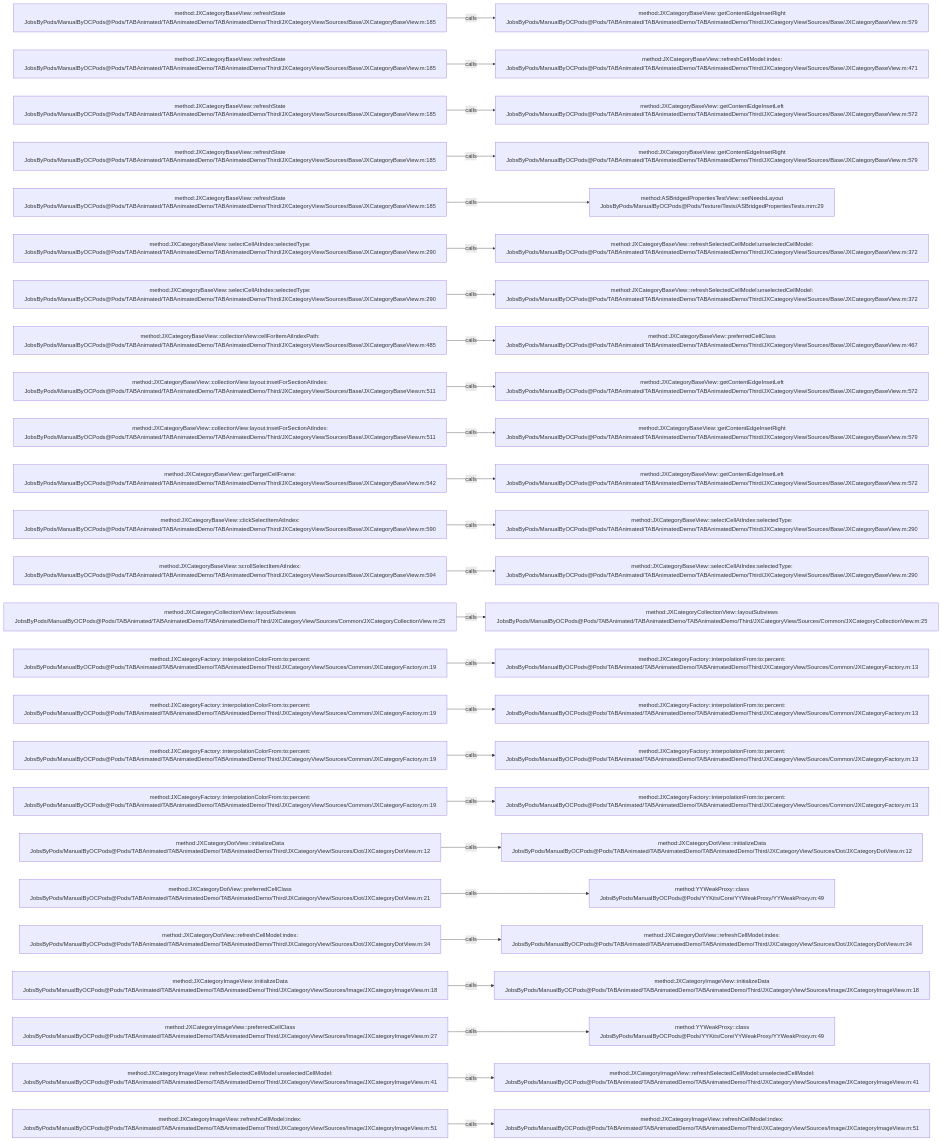
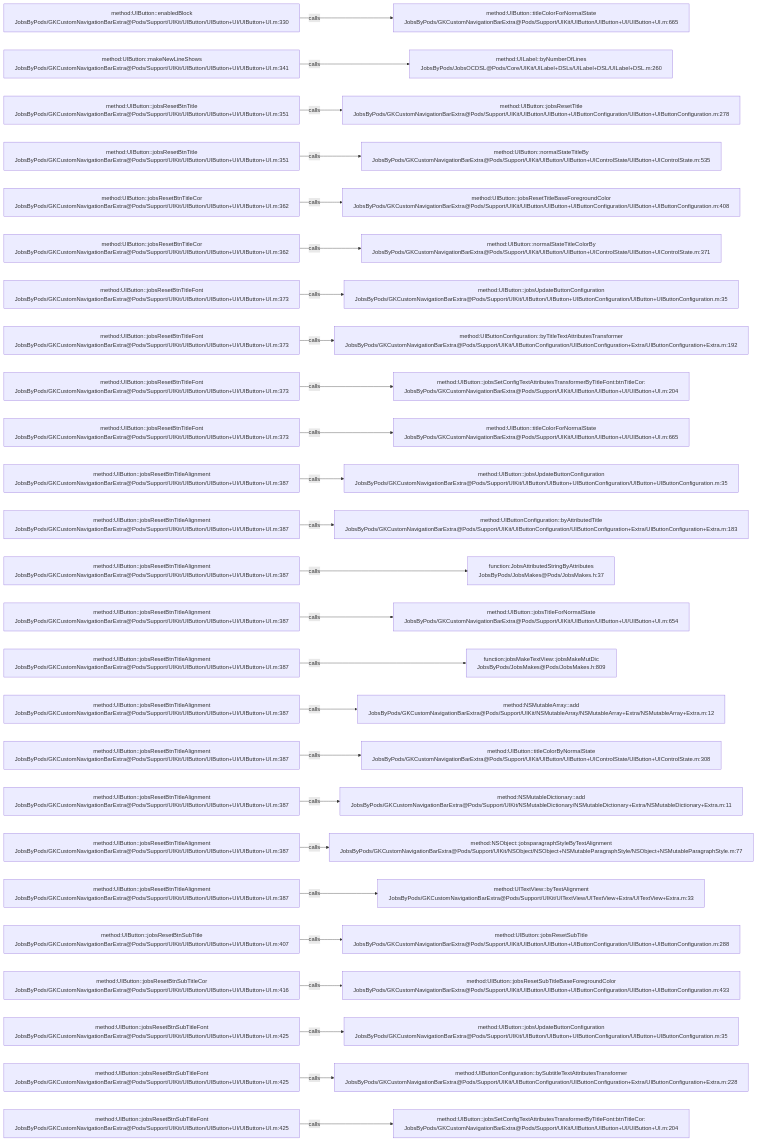
One commit to JobsKits/JobsOCBaseConfigDemo changed the diagram in .codegraph/codegraph.md/graphs/calls-029.md. Above: the diagram before and after it, drawn with Mermaid. The commit also changed 768 other files, not shown here.

````diff
--- a/.codegraph/codegraph.md/graphs/calls-029.md
+++ b/.codegraph/codegraph.md/graphs/calls-029.md
@@ -13,78 +13,78 @@
 ```mermaid
 flowchart LR
-  S1["method:JXCategoryBaseView::refreshState<br/>JobsByPods/ManualByOCPods@Pods/TABAnimated/TABAnimatedDemo/TABAnimatedDemo/Third/JXCategoryView/Sources/Base/JXCategoryBaseView.m:185"]
-  T1["method:JXCategoryBaseView::getContentEdgeInsetRight<br/>JobsByPods/ManualByOCPods@Pods/TABAnimated/TABAnimatedDemo/TABAnimatedDemo/Third/JXCategoryView/Sources/Base/JXCategoryBaseView.m:579"]
+  S1["method:UIButton::enabledBlock<br/>JobsByPods/GKCustomNavigationBarExtra@Pods/Support/UIKit/UIButton/UIButton+UI/UIButton+UI.m:330"]
+  T1["method:UIButton::titleColorForNormalState<br/>JobsByPods/GKCustomNavigationBarExtra@Pods/Support/UIKit/UIButton/UIButton+UI/UIButton+UI.m:665"]
   S1 -->|calls| T1
-  S2["method:JXCategoryBaseView::refreshState<br/>JobsByPods/ManualByOCPods@Pods/TABAnimated/TABAnimatedDemo/TABAnimatedDemo/Third/JXCategoryView/Sources/Base/JXCategoryBaseView.m:185"]
-  T2["method:JXCategoryBaseView::refreshCellModel:index:<br/>JobsByPods/ManualByOCPods@Pods/TABAnimated/TABAnimatedDemo/TABAnimatedDemo/Third/JXCategoryView/Sources/Base/JXCategoryBaseView.m:471"]
+  S2["method:UIButton::makeNewLineShows<br/>JobsByPods/GKCustomNavigationBarExtra@Pods/Support/UIKit/UIButton/UIButton+UI/UIButton+UI.m:341"]
+  T2["method:UILabel::byNumberOfLines<br/>JobsByPods/JobsOCDSL@Pods/Core/UIKit/UILabel+DSLs/UILabel+DSL/UILabel+DSL.m:260"]
   S2 -->|calls| T2
-  S3["method:JXCategoryBaseView::refreshState<br/>JobsByPods/ManualByOCPods@Pods/TABAnimated/TABAnimatedDemo/TABAnimatedDemo/Third/JXCategoryView/Sources/Base/JXCategoryBaseView.m:185"]
-  T3["method:JXCategoryBaseView::getContentEdgeInsetLeft<br/>JobsByPods/ManualByOCPods@Pods/TABAnimated/TABAnimatedDemo/TABAnimatedDemo/Third/JXCategoryView/Sources/Base/JXCategoryBaseView.m:572"]
+  S3["method:UIButton::jobsResetBtnTitle<br/>JobsByPods/GKCustomNavigationBarExtra@Pods/Support/UIKit/UIButton/UIButton+UI/UIButton+UI.m:351"]
+  T3["method:UIButton::jobsResetTitle<br/>JobsByPods/GKCustomNavigationBarExtra@Pods/Support/UIKit/UIButton/UIButton+UIButtonConfiguration/UIButton+UIButtonConfiguration.m:278"]
   S3 -->|calls| T3
-  S4["method:JXCategoryBaseView::refreshState<br/>JobsByPods/ManualByOCPods@Pods/TABAnimated/TABAnimatedDemo/TABAnimatedDemo/Third/JXCategoryView/Sources/Base/JXCategoryBaseView.m:185"]
-  T4["method:JXCategoryBaseView::getContentEdgeInsetRight<br/>JobsByPods/ManualByOCPods@Pods/TABAnimated/TABAnimatedDemo/TABAnimatedDemo/Third/JXCategoryView/Sources/Base/JXCategoryBaseView.m:579"]
+  S4["method:UIButton::jobsResetBtnTitle<br/>JobsByPods/GKCustomNavigationBarExtra@Pods/Support/UIKit/UIButton/UIButton+UI/UIButton+UI.m:351"]
+  T4["method:UIButton::normalStateTitleBy<br/>JobsByPods/GKCustomNavigationBarExtra@Pods/Support/UIKit/UIButton/UIButton+UIControlState/UIButton+UIControlState.m:535"]
   S4 -->|calls| T4
-  S5["method:JXCategoryBaseView::refreshState<br/>JobsByPods/ManualByOCPods@Pods/TABAnimated/TABAnimatedDemo/TABAnimatedDemo/Third/JXCategoryView/Sources/Base/JXCategoryBaseView.m:185"]
-  T5["method:ASBridgedPropertiesTestView::setNeedsLayout<br/>JobsByPods/ManualByOCPods@Pods/Texture/Tests/ASBridgedPropertiesTests.mm:29"]
+  S5["method:UIButton::jobsResetBtnTitleCor<br/>JobsByPods/GKCustomNavigationBarExtra@Pods/Support/UIKit/UIButton/UIButton+UI/UIButton+UI.m:362"]
+  T5["method:UIButton::jobsResetTitleBaseForegroundColor<br/>JobsByPods/GKCustomNavigationBarExtra@Pods/Support/UIKit/UIButton/UIButton+UIButtonConfiguration/UIButton+UIButtonConfiguration.m:408"]
   S5 -->|calls| T5
-  S6["method:JXCategoryBaseView::selectCellAtIndex:selectedType:<br/>JobsByPods/ManualByOCPods@Pods/TABAnimated/TABAnimatedDemo/TABAnimatedDemo/Third/JXCategoryView/Sources/Base/JXCategoryBaseView.m:290"]
-  T6["method:JXCategoryBaseView::refreshSelectedCellModel:unselectedCellModel:<br/>JobsByPods/ManualByOCPods@Pods/TABAnimated/TABAnimatedDemo/TABAnimatedDemo/Third/JXCategoryView/Sources/Base/JXCategoryBaseView.m:372"]
+  S6["method:UIButton::jobsResetBtnTitleCor<br/>JobsByPods/GKCustomNavigationBarExtra@Pods/Support/UIKit/UIButton/UIButton+UI/UIButton+UI.m:362"]
+  T6["method:UIButton::normalStateTitleColorBy<br/>JobsByPods/GKCustomNavigationBarExtra@Pods/Support/UIKit/UIButton/UIButton+UIControlState/UIButton+UIControlState.m:371"]
   S6 -->|calls| T6
-  S7["method:JXCategoryBaseView::selectCellAtIndex:selectedType:<br/>JobsByPods/ManualByOCPods@Pods/TABAnimated/TABAnimatedDemo/TABAnimatedDemo/Third/JXCategoryView/Sources/Base/JXCategoryBaseView.m:290"]
-  T7["method:JXCategoryBaseView::refreshSelectedCellModel:unselectedCellModel:<br/>JobsByPods/ManualByOCPods@Pods/TABAnimated/TABAnimatedDemo/TABAnimatedDemo/Third/JXCategoryView/Sources/Base/JXCategoryBaseView.m:372"]
+  S7["method:UIButton::jobsResetBtnTitleFont<br/>JobsByPods/GKCustomNavigationBarExtra@Pods/Support/UIKit/UIButton/UIButton+UI/UIButton+UI.m:373"]
+  T7["method:UIButton::jobsUpdateButtonConfiguration<br/>JobsByPods/GKCustomNavigationBarExtra@Pods/Support/UIKit/UIButton/UIButton+UIButtonConfiguration/UIButton+UIButtonConfiguration.m:35"]
   S7 -->|calls| T7
-  S8["method:JXCategoryBaseView::collectionView:cellForItemAtIndexPath:<br/>JobsByPods/ManualByOCPods@Pods/TABAnimated/TABAnimatedDemo/TABAnimatedDemo/Third/JXCategoryView/Sources/Base/JXCategoryBaseView.m:485"]
-  T8["method:JXCategoryBaseView::preferredCellClass<br/>JobsByPods/ManualByOCPods@Pods/TABAnimated/TABAnimatedDemo/TABAnimatedDemo/Third/JXCategoryView/Sources/Base/JXCategoryBaseView.m:467"]
+  S8["method:UIButton::jobsResetBtnTitleFont<br/>JobsByPods/GKCustomNavigationBarExtra@Pods/Support/UIKit/UIButton/UIButton+UI/UIButton+UI.m:373"]
+  T8["method:UIButtonConfiguration::byTitleTextAttributesTransformer<br/>JobsByPods/GKCustomNavigationBarExtra@Pods/Support/UIKit/UIButtonConfiguration/UIButtonConfiguration+Extra/UIButtonConfiguration+Extra.m:192"]
   S8 -->|calls| T8
-  S9["method:JXCategoryBaseView::collectionView:layout:insetForSectionAtIndex:<br/>JobsByPods/ManualByOCPods@Pods/TABAnimated/TABAnimatedDemo/TABAnimatedDemo/Third/JXCategoryView/Sources/Base/JXCategoryBaseView.m:511"]
-  T9["method:JXCategoryBaseView::getContentEdgeInsetLeft<br/>JobsByPods/ManualByOCPods@Pods/TABAnimated/TABAnimatedDemo/TABAnimatedDemo/Third/JXCategoryView/Sources/Base/JXCategoryBaseView.m:572"]
+  S9["method:UIButton::jobsResetBtnTitleFont<br/>JobsByPods/GKCustomNavigationBarExtra@Pods/Support/UIKit/UIButton/UIButton+UI/UIButton+UI.m:373"]
+  T9["method:UIButton::jobsSetConfigTextAttributesTransformerByTitleFont:btnTitleCor:<br/>JobsByPods/GKCustomNavigationBarExtra@Pods/Support/UIKit/UIButton/UIButton+UI/UIButton+UI.m:204"]
   S9 -->|calls| T9
-  S10["method:JXCategoryBaseView::collectionView:layout:insetForSectionAtIndex:<br/>JobsByPods/ManualByOCPods@Pods/TABAnimated/TABAnimatedDemo/TABAnimatedDemo/Third/JXCategoryView/Sources/Base/JXCategoryBaseView.m:511"]
-  T10["method:JXCategoryBaseView::getContentEdgeInsetRight<br/>JobsByPods/ManualByOCPods@Pods/TABAnimated/TABAnimatedDemo/TABAnimatedDemo/Third/JXCategoryView/Sources/Base/JXCategoryBaseView.m:579"]
+  S10["method:UIButton::jobsResetBtnTitleFont<br/>JobsByPods/GKCustomNavigationBarExtra@Pods/Support/UIKit/UIButton/UIButton+UI/UIButton+UI.m:373"]
+  T10["method:UIButton::titleColorForNormalState<br/>JobsByPods/GKCustomNavigationBarExtra@Pods/Support/UIKit/UIButton/UIButton+UI/UIButton+UI.m:665"]
   S10 -->|calls| T10
-  S11["method:JXCategoryBaseView::getTargetCellFrame:<br/>JobsByPods/ManualByOCPods@Pods/TABAnimated/TABAnimatedDemo/TABAnimatedDemo/Third/JXCategoryView/Sources/Base/JXCategoryBaseView.m:542"]
-  T11["method:JXCategoryBaseView::getContentEdgeInsetLeft<br/>JobsByPods/ManualByOCPods@Pods/TABAnimated/TABAnimatedDemo/TABAnimatedDemo/Third/JXCategoryView/Sources/Base/JXCategoryBaseView.m:572"]
+  S11["method:UIButton::jobsResetBtnTitleAlignment<br/>JobsByPods/GKCustomNavigationBarExtra@Pods/Support/UIKit/UIButton/UIButton+UI/UIButton+UI.m:387"]
+  T11["method:UIButton::jobsUpdateButtonConfiguration<br/>JobsByPods/GKCustomNavigationBarExtra@Pods/Support/UIKit/UIButton/UIButton+UIButtonConfiguration/UIButton+UIButtonConfiguration.m:35"]
   S11 -->|calls| T11
-  S12["method:JXCategoryBaseView::clickSelectItemAtIndex:<br/>JobsByPods/ManualByOCPods@Pods/TABAnimated/TABAnimatedDemo/TABAnimatedDemo/Third/JXCategoryView/Sources/Base/JXCategoryBaseView.m:590"]
-  T12["method:JXCategoryBaseView::selectCellAtIndex:selectedType:<br/>JobsByPods/ManualByOCPods@Pods/TABAnimated/TABAnimatedDemo/TABAnimatedDemo/Third/JXCategoryView/Sources/Base/JXCategoryBaseView.m:290"]
+  S12["method:UIButton::jobsResetBtnTitleAlignment<br/>JobsByPods/GKCustomNavigationBarExtra@Pods/Support/UIKit/UIButton/UIButton+UI/UIButton+UI.m:387"]
+  T12["method:UIButtonConfiguration::byAttributedTitle<br/>JobsByPods/GKCustomNavigationBarExtra@Pods/Support/UIKit/UIButtonConfiguration/UIButtonConfiguration+Extra/UIButtonConfiguration+Extra.m:183"]
   S12 -->|calls| T12
-  S13["method:JXCategoryBaseView::scrollSelectItemAtIndex:<br/>JobsByPods/ManualByOCPods@Pods/TABAnimated/TABAnimatedDemo/TABAnimatedDemo/Third/JXCategoryView/Sources/Base/JXCategoryBaseView.m:594"]
-  T13["method:JXCategoryBaseView::selectCellAtIndex:selectedType:<br/>JobsByPods/ManualByOCPods@Pods/TABAnimated/TABAnimatedDemo/TABAnimatedDemo/Third/JXCategoryView/Sources/Base/JXCategoryBaseView.m:290"]
+  S13["method:UIButton::jobsResetBtnTitleAlignment<br/>JobsByPods/GKCustomNavigationBarExtra@Pods/Support/UIKit/UIButton/UIButton+UI/UIButton+UI.m:387"]
+  T13["function:JobsAttributedStringByAttributes<br/>JobsByPods/JobsMakes@Pods/JobsMakes.h:37"]
   S13 -->|calls| T13
-  S14["method:JXCategoryCollectionView::layoutSubviews<br/>JobsByPods/ManualByOCPods@Pods/TABAnimated/TABAnimatedDemo/TABAnimatedDemo/Third/JXCategoryView/Sources/Common/JXCategoryCollectionView.m:25"]
-  T14["method:JXCategoryCollectionView::layoutSubviews<br/>JobsByPods/ManualByOCPods@Pods/TABAnimated/TABAnimatedDemo/TABAnimatedDemo/Third/JXCategoryView/Sources/Common/JXCategoryCollectionView.m:25"]
+  S14["method:UIButton::jobsResetBtnTitleAlignment<br/>JobsByPods/GKCustomNavigationBarExtra@Pods/Support/UIKit/UIButton/UIButton+UI/UIButton+UI.m:387"]
+  T14["method:UIButton::jobsTitleForNormalState<br/>JobsByPods/GKCustomNavigationBarExtra@Pods/Support/UIKit/UIButton/UIButton+UI/UIButton+UI.m:654"]
   S14 -->|calls| T14
-  S15["method:JXCategoryFactory::interpolationColorFrom:to:percent:<br/>JobsByPods/ManualByOCPods@Pods/TABAnimated/TABAnimatedDemo/TABAnimatedDemo/Third/JXCategoryView/Sources/Common/JXCategoryFactory.m:19"]
-  T15["method:JXCategoryFactory::interpolationFrom:to:percent:<br/>JobsByPods/ManualByOCPods@Pods/TABAnimated/TABAnimatedDemo/TABAnimatedDemo/Third/JXCategoryView/Sources/Common/JXCategoryFactory.m:13"]
+  S15["method:UIButton::jobsResetBtnTitleAlignment<br/>JobsByPods/GKCustomNavigationBarExtra@Pods/Support/UIKit/UIButton/UIButton+UI/UIButton+UI.m:387"]
+  T15["function:jobsMakeTextView::jobsMakeMutDic<br/>JobsByPods/JobsMakes@Pods/JobsMakes.h:809"]
   S15 -->|calls| T15
-  S16["method:JXCategoryFactory::interpolationColorFrom:to:percent:<br/>JobsByPods/ManualByOCPods@Pods/TABAnimated/TABAnimatedDemo/TABAnimatedDemo/Third/JXCategoryView/Sources/Common/JXCategoryFactory.m:19"]
-  T16["method:JXCategoryFactory::interpolationFrom:to:percent:<br/>JobsByPods/ManualByOCPods@Pods/TABAnimated/TABAnimatedDemo/TABAnimatedDemo/Third/JXCategoryView/Sources/Common/JXCategoryFactory.m:13"]
+  S16["method:UIButton::jobsResetBtnTitleAlignment<br/>JobsByPods/GKCustomNavigationBarExtra@Pods/Support/UIKit/UIButton/UIButton+UI/UIButton+UI.m:387"]
+  T16["method:NSMutableArray::add<br/>JobsByPods/GKCustomNavigationBarExtra@Pods/Support/UIKit/NSMutableArray/NSMutableArray+Extra/NSMutableArray+Extra.m:12"]
   S16 -->|calls| T16
-  S17["method:JXCategoryFactory::interpolationColorFrom:to:percent:<br/>JobsByPods/ManualByOCPods@Pods/TABAnimated/TABAnimatedDemo/TABAnimatedDemo/Third/JXCategoryView/Sources/Common/JXCategoryFactory.m:19"]
-  T17["method:JXCategoryFactory::interpolationFrom:to:percent:<br/>JobsByPods/ManualByOCPods@Pods/TABAnimated/TABAnimatedDemo/TABAnimatedDemo/Third/JXCategoryView/Sources/Common/JXCategoryFactory.m:13"]
+  S17["method:UIButton::jobsResetBtnTitleAlignment<br/>JobsByPods/GKCustomNavigationBarExtra@Pods/Support/UIKit/UIButton/UIButton+UI/UIButton+UI.m:387"]
+  T17["method:UIButton::titleColorByNormalState<br/>JobsByPods/GKCustomNavigationBarExtra@Pods/Support/UIKit/UIButton/UIButton+UIControlState/UIButton+UIControlState.m:308"]
   S17 -->|calls| T17
-  S18["method:JXCategoryFactory::interpolationColorFrom:to:percent:<br/>JobsByPods/ManualByOCPods@Pods/TABAnimated/TABAnimatedDemo/TABAnimatedDemo/Third/JXCategoryView/Sources/Common/JXCategoryFactory.m:19"]
-  T18["method:JXCategoryFactory::interpolationFrom:to:percent:<br/>JobsByPods/ManualByOCPods@Pods/TABAnimated/TABAnimatedDemo/TABAnimatedDemo/Third/JXCategoryView/Sources/Common/JXCategoryFactory.m:13"]
+  S18["method:UIButton::jobsResetBtnTitleAlignment<br/>JobsByPods/GKCustomNavigationBarExtra@Pods/Support/UIKit/UIButton/UIButton+UI/UIButton+UI.m:387"]
+  T18["method:NSMutableDictionary::add<br/>JobsByPods/GKCustomNavigationBarExtra@Pods/Support/UIKit/NSMutableDictionary/NSMutableDictionary+Extra/NSMutableDictionary+Extra.m:11"]
   S18 -->|calls| T18
-  S19["method:JXCategoryDotView::initializeData<br/>JobsByPods/ManualByOCPods@Pods/TABAnimated/TABAnimatedDemo/TABAnimatedDemo/Third/JXCategoryView/Sources/Dot/JXCategoryDotView.m:12"]
-  T19["method:JXCategoryDotView::initializeData<br/>JobsByPods/ManualByOCPods@Pods/TABAnimated/TABAnimatedDemo/TABAnimatedDemo/Third/JXCategoryView/Sources/Dot/JXCategoryDotView.m:12"]
+  S19["method:UIButton::jobsResetBtnTitleAlignment<br/>JobsByPods/GKCustomNavigationBarExtra@Pods/Support/UIKit/UIButton/UIButton+UI/UIButton+UI.m:387"]
+  T19["method:NSObject::jobsparagraphStyleByTextAlignment<br/>JobsByPods/GKCustomNavigationBarExtra@Pods/Support/UIKit/NSObject/NSObject+NSMutableParagraphStyle/NSObject+NSMutableParagraphStyle.m:77"]
   S19 -->|calls| T19
-  S20["method:JXCategoryDotView::preferredCellClass<br/>JobsByPods/ManualByOCPods@Pods/TABAnimated/TABAnimatedDemo/TABAnimatedDemo/Third/JXCategoryView/Sources/Dot/JXCategoryDotView.m:21"]
-  T20["method:YYWeakProxy::class<br/>JobsByPods/ManualByOCPods@Pods/YYKits/Core/YYWeakProxy/YYWeakProxy.m:49"]
+  S20["method:UIButton::jobsResetBtnTitleAlignment<br/>JobsByPods/GKCustomNavigationBarExtra@Pods/Support/UIKit/UIButton/UIButton+UI/UIButton+UI.m:387"]
+  T20["method:UITextView::byTextAlignment<br/>JobsByPods/GKCustomNavigationBarExtra@Pods/Support/UIKit/UITextView/UITextView+Extra/UITextView+Extra.m:33"]
   S20 -->|calls| T20
-  S21["method:JXCategoryDotView::refreshCellModel:index:<br/>JobsByPods/ManualByOCPods@Pods/TABAnimated/TABAnimatedDemo/TABAnimatedDemo/Third/JXCategoryView/Sources/Dot/JXCategoryDotView.m:34"]
-  T21["method:JXCategoryDotView::refreshCellModel:index:<br/>JobsByPods/ManualByOCPods@Pods/TABAnimated/TABAnimatedDemo/TABAnimatedDemo/Third/JXCategoryView/Sources/Dot/JXCategoryDotView.m:34"]
+  S21["method:UIButton::jobsResetBtnSubTitle<br/>JobsByPods/GKCustomNavigationBarExtra@Pods/Support/UIKit/UIButton/UIButton+UI/UIButton+UI.m:407"]
+  T21["method:UIButton::jobsResetSubTitle<br/>JobsByPods/GKCustomNavigationBarExtra@Pods/Support/UIKit/UIButton/UIButton+UIButtonConfiguration/UIButton+UIButtonConfiguration.m:288"]
   S21 -->|calls| T21
-  S22["method:JXCategoryImageView::initializeData<br/>JobsByPods/ManualByOCPods@Pods/TABAnimated/TABAnimatedDemo/TABAnimatedDemo/Third/JXCategoryView/Sources/Image/JXCategoryImageView.m:18"]
-  T22["method:JXCategoryImageView::initializeData<br/>JobsByPods/ManualByOCPods@Pods/TABAnimated/TABAnimatedDemo/TABAnimatedDemo/Third/JXCategoryView/Sources/Image/JXCategoryImageView.m:18"]
+  S22["method:UIButton::jobsResetBtnSubTitleCor<br/>JobsByPods/GKCustomNavigationBarExtra@Pods/Support/UIKit/UIButton/UIButton+UI/UIButton+UI.m:416"]
+  T22["method:UIButton::jobsResetSubTitleBaseForegroundColor<br/>JobsByPods/GKCustomNavigationBarExtra@Pods/Support/UIKit/UIButton/UIButton+UIButtonConfiguration/UIButton+UIButtonConfiguration.m:433"]
   S22 -->|calls| T22
-  S23["method:JXCategoryImageView::preferredCellClass<br/>JobsByPods/ManualByOCPods@Pods/TABAnimated/TABAnimatedDemo/TABAnimatedDemo/Third/JXCategoryView/Sources/Image/JXCategoryImageView.m:27"]
-  T23["method:YYWeakProxy::class<br/>JobsByPods/ManualByOCPods@Pods/YYKits/Core/YYWeakProxy/YYWeakProxy.m:49"]
+  S23["method:UIButton::jobsResetBtnSubTitleFont<br/>JobsByPods/GKCustomNavigationBarExtra@Pods/Support/UIKit/UIButton/UIButton+UI/UIButton+UI.m:425"]
+  T23["method:UIButton::jobsUpdateButtonConfiguration<br/>JobsByPods/GKCustomNavigationBarExtra@Pods/Support/UIKit/UIButton/UIButton+UIButtonConfiguration/UIButton+UIButtonConfiguration.m:35"]
   S23 -->|calls| T23
-  S24["method:JXCategoryImageView::refreshSelectedCellModel:unselectedCellModel:<br/>JobsByPods/ManualByOCPods@Pods/TABAnimated/TABAnimatedDemo/TABAnimatedDemo/Third/JXCategoryView/Sources/Image/JXCategoryImageView.m:41"]
-  T24["method:JXCategoryImageView::refreshSelectedCellModel:unselectedCellModel:<br/>JobsByPods/ManualByOCPods@Pods/TABAnimated/TABAnimatedDemo/TABAnimatedDemo/Third/JXCategoryView/Sources/Image/JXCategoryImageView.m:41"]
+  S24["method:UIButton::jobsResetBtnSubTitleFont<br/>JobsByPods/GKCustomNavigationBarExtra@Pods/Support/UIKit/UIButton/UIButton+UI/UIButton+UI.m:425"]
+  T24["method:UIButtonConfiguration::bySubtitleTextAttributesTransformer<br/>JobsByPods/GKCustomNavigationBarExtra@Pods/Support/UIKit/UIButtonConfiguration/UIButtonConfiguration+Extra/UIButtonConfiguration+Extra.m:228"]
   S24 -->|calls| T24
-  S25["method:JXCategoryImageView::refreshCellModel:index:<br/>JobsByPods/ManualByOCPods@Pods/TABAnimated/TABAnimatedDemo/TABAnimatedDemo/Third/JXCategoryView/Sources/Image/JXCategoryImageView.m:51"]
-  T25["method:JXCategoryImageView::refreshCellModel:index:<br/>JobsByPods/ManualByOCPods@Pods/TABAnimated/TABAnimatedDemo/TABAnimatedDemo/Third/JXCategoryView/Sources/Image/JXCategoryImageView.m:51"]
+  S25["method:UIButton::jobsResetBtnSubTitleFont<br/>JobsByPods/GKCustomNavigationBarExtra@Pods/Support/UIKit/UIButton/UIButton+UI/UIButton+UI.m:425"]
+  T25["method:UIButton::jobsSetConfigTextAttributesTransformerByTitleFont:btnTitleCor:<br/>JobsByPods/GKCustomNavigationBarExtra@Pods/Support/UIKit/UIButton/UIButton+UI/UIButton+UI.m:204"]
   S25 -->|calls| T25
 ```
````
